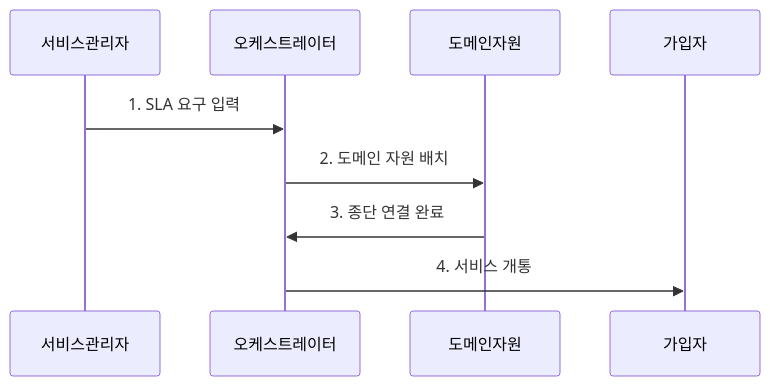
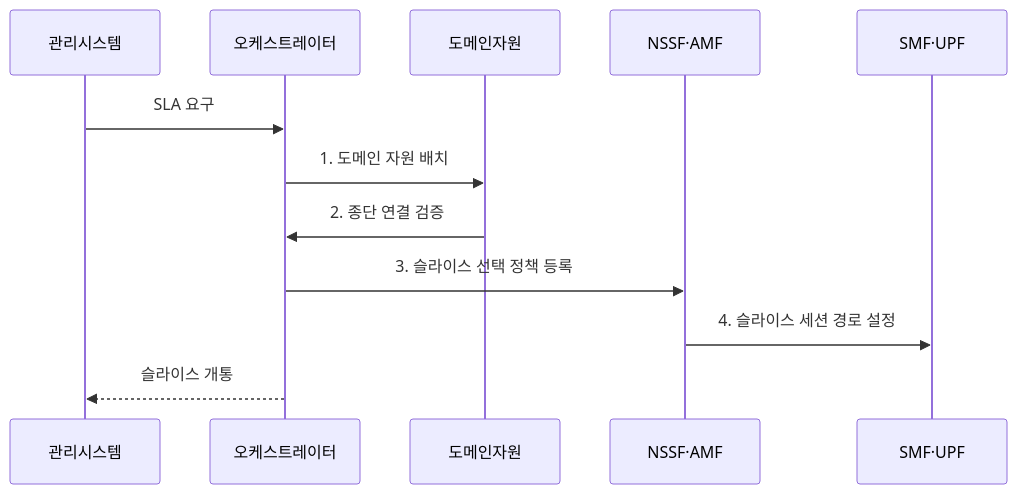
Before and after one commit to agnusdei1207/knowledge-base: the second of 2 diagrams in src/content/docs/notes/04-network/039_5g_network_slicing.md, drawn with Mermaid. The commit also changed other lines of this file and 20 other files, not shown here.

````diff
--- a/src/content/docs/notes/04-network/039_5g_network_slicing.md
+++ b/src/content/docs/notes/04-network/039_5g_network_slicing.md
@@ -78,11 +75,14 @@
 ```mermaid
 sequenceDiagram
-    participant 서비스관리자
+    participant 관리시스템
     participant 오케스트레이터
     participant 도메인자원
-    participant 가입자
-    서비스관리자->>오케스트레이터: 1. SLA 요구 입력
-    오케스트레이터->>도메인자원: 2. 도메인 자원 배치
-    도메인자원->>오케스트레이터: 3. 종단 연결 완료
-    오케스트레이터->>가입자: 4. 서비스 개통
+    participant NSSF·AMF
+    participant SMF·UPF
+    관리시스템->>오케스트레이터: SLA 요구
+    오케스트레이터->>도메인자원: 1. 도메인 자원 배치
+    도메인자원->>오케스트레이터: 2. 종단 연결 검증
+    오케스트레이터->>NSSF·AMF: 3. 슬라이스 선택 정책 등록
+    NSSF·AMF->>SMF·UPF: 4. 슬라이스 세션 경로 설정
+    오케스트레이터-->>관리시스템: 슬라이스 개통
 ```
````
